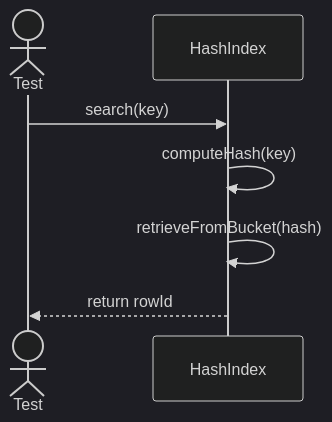
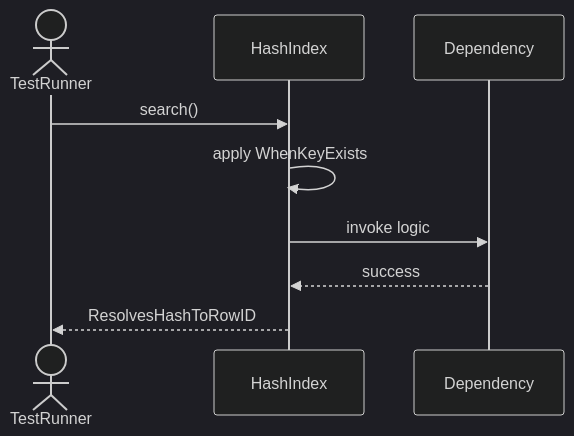
Before and after one commit to TamBui1706/DBMS: the second of 6 diagrams in Sequences/DatabaseObjectManagement/HashIndex.md, drawn with Mermaid (dark theme). The commit also changed other lines of this file and 63 other files, not shown here.

Commit message:
Draw sequence diagram for unit tests

````diff
--- a/Sequences/DatabaseObjectManagement/HashIndex.md
+++ b/Sequences/DatabaseObjectManagement/HashIndex.md
@@ -28,10 +33,10 @@
 ```mermaid
 sequenceDiagram
-    actor Test
+    actor TestRunner
     participant HashIndex
-
-    Test->>HashIndex: search(key)
-    HashIndex->>HashIndex: computeHash(key)
-    HashIndex->>HashIndex: retrieveFromBucket(hash)
-    HashIndex-->>Test: return rowId
+    TestRunner->>HashIndex: search()
+    HashIndex->>HashIndex: apply WhenKeyExists
+    HashIndex->>Dependency: invoke logic
+    Dependency-->>HashIndex: success
+    HashIndex-->>TestRunner: ResolvesHashToRowID
 ```
````
